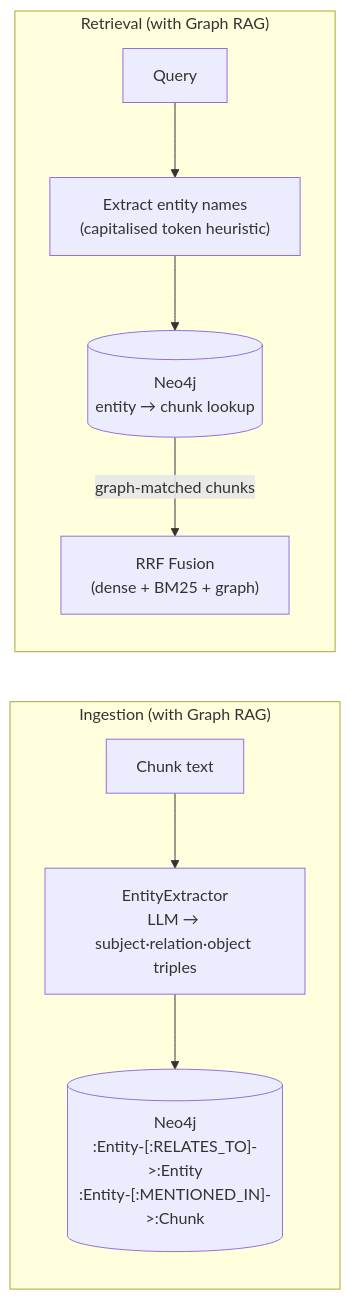
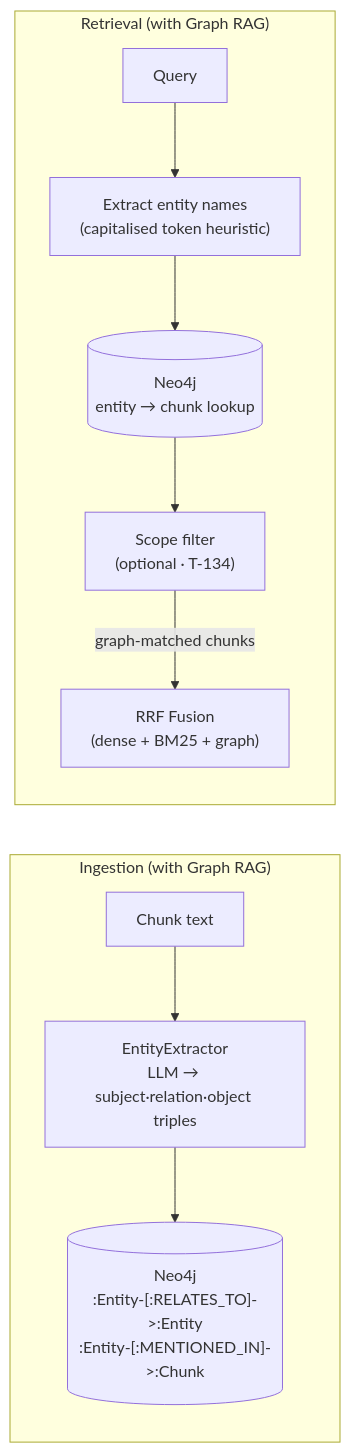
Before and after one commit to ealbertoav/rag_platform: the fifth of 10 diagrams in README.md, drawn with Mermaid. The commit also changed other lines of this file and 23 other files, not shown here.

````diff
--- a/README.md
+++ b/README.md
@@ -832,13 +868,14 @@
 ```mermaid
 flowchart LR
     subgraph INGEST["Ingestion (with Graph RAG)"]
         C[Chunk text] --> EX["EntityExtractor<br/>LLM → subject·relation·object triples"]
         EX --> N4J[("Neo4j<br/>:Entity-[:RELATES_TO]-&gt;:Entity<br/>:Entity-[:MENTIONED_IN]-&gt;:Chunk")]
     end
 
     subgraph RETRIEVE["Retrieval (with Graph RAG)"]
         Q["Query"] --> EN["Extract entity names<br/>(capitalised token heuristic)"]
         EN --> N4J2[("Neo4j<br/>entity → chunk lookup")]
-        N4J2 -->|graph-matched chunks| RRF["RRF Fusion<br/>(dense + BM25 + graph)"]
+        N4J2 --> GF["Scope filter<br/>(optional · T-134)"]
+        GF -->|graph-matched chunks| RRF["RRF Fusion<br/>(dense + BM25 + graph)"]
     end
 ```
````
